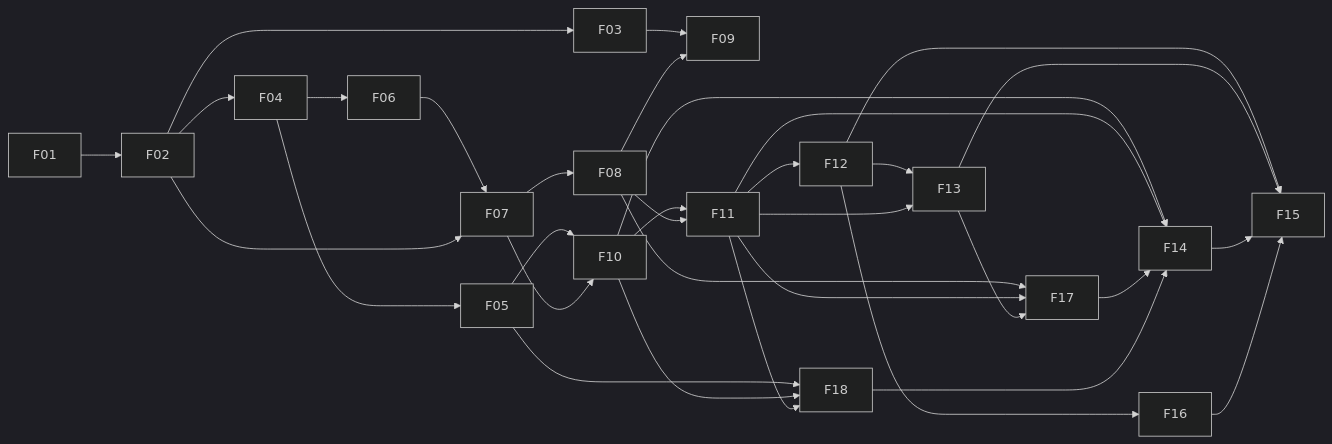
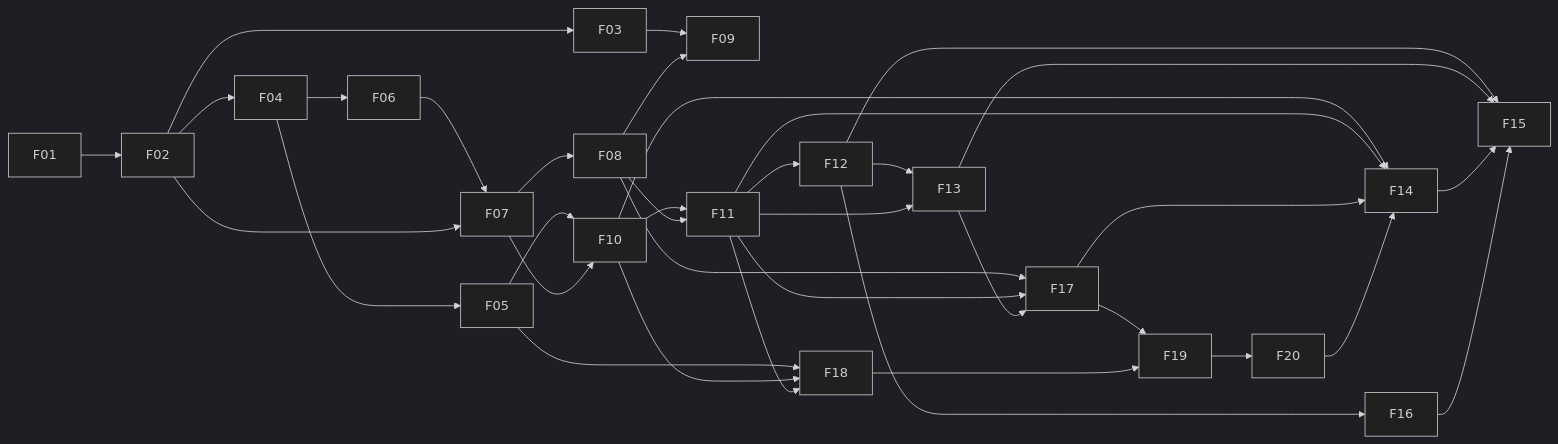
The diagram in docs/roadmap/FEATURES.md (jrcosio/microrag), drawn with Mermaid (dark theme) before and after one commit. The commit also changed other lines of this file and 4 other files, not shown here.

````diff
--- a/docs/roadmap/FEATURES.md
+++ b/docs/roadmap/FEATURES.md
@@ -61,31 +61,34 @@
 ```mermaid
 flowchart LR
     F01 --> F02 --> F03
     F02 --> F04 --> F05
     F04 --> F06 --> F07
     F02 --> F07
     F07 --> F08
     F03 --> F09
     F08 --> F09
     F05 --> F10
     F07 --> F10
     F10 --> F11
     F08 --> F11
     F11 --> F12 --> F13
     F11 --> F13
     F10 --> F14
     F11 --> F14
     F12 --> F15
     F13 --> F15
     F14 --> F15
     F12 --> F16
     F08 --> F17
     F11 --> F17
     F13 --> F17
     F05 --> F18
     F10 --> F18
     F11 --> F18
+    F17 --> F19
+    F18 --> F19
+    F19 --> F20
     F17 --> F14
-    F18 --> F14
+    F20 --> F14
     F16 --> F15
 ```
````
